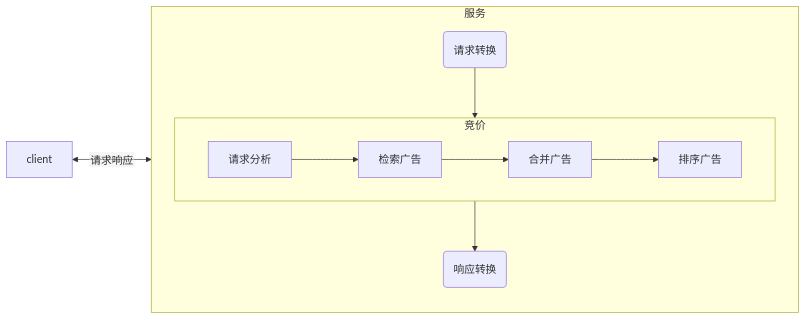
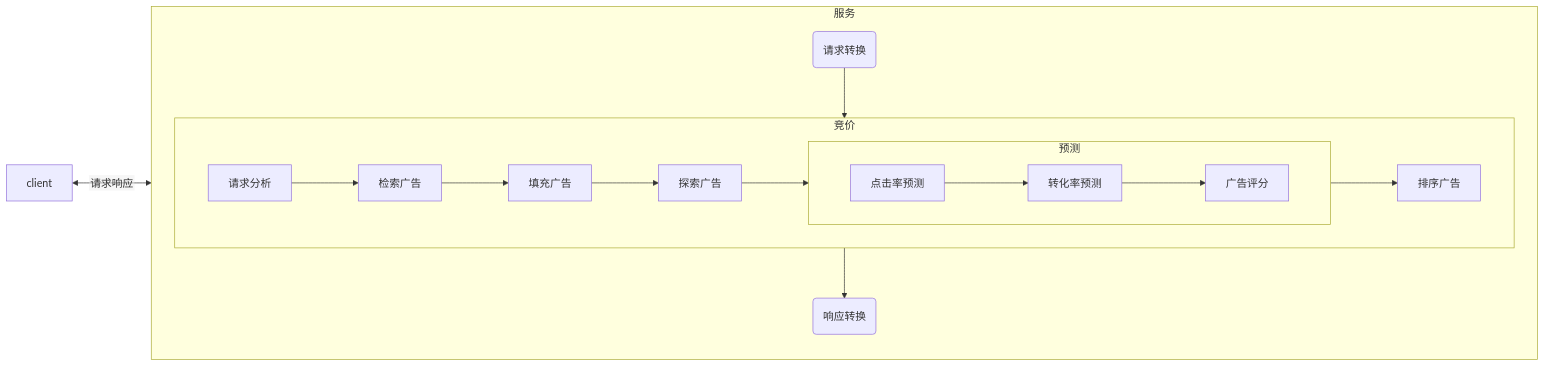
Before and after one commit to ChenJiahui0/ChenJiahui0.github.io: the second of 2 diagrams in _posts/未完成/2024-04-019-DSP广告请求流程.md, drawn with Mermaid. The commit also changed other lines of this file and 2 other files, not shown here.

````diff
--- a/_posts/未完成/2024-04-019-DSP广告请求流程.md
+++ b/_posts/未完成/2024-04-019-DSP广告请求流程.md
@@ -29,12 +29,15 @@
 ```mermaid
 %%{init: {"flowchart": {"htmlLabels": false}} }%%
 flowchart LR
 client<--请求响应-->服务
 subgraph "服务"
   a("请求转换") --> 竞价
   subgraph "竞价"
-    请求分析-->检索广告-->合并广告-->排序广告
+    请求分析-->检索广告-->填充广告-->探索广告-->预测-->排序广告
+  end
+  subgraph "预测"
+    点击率预测-->转化率预测-->广告评分
   end
   竞价-->b("响应转换")
 end
 ```
````
